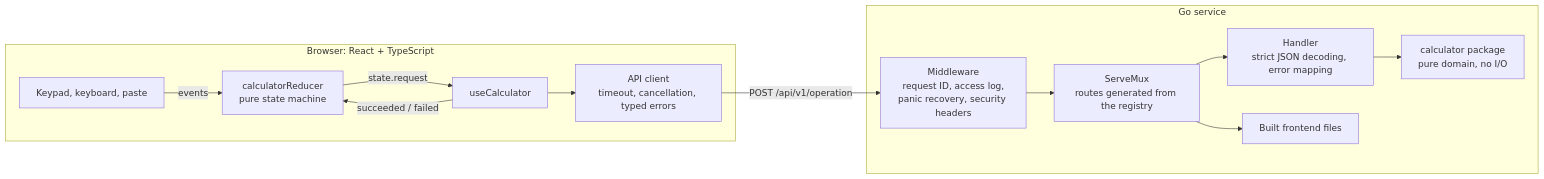
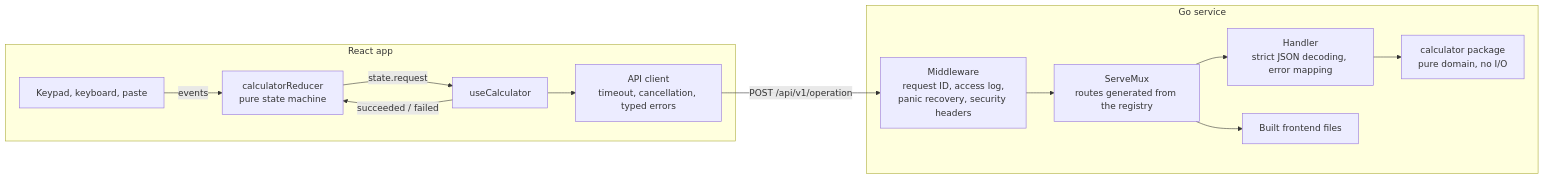
Before and after one commit to aozmekik/fullstack-calculator: the diagram in README.md, drawn with Mermaid. The commit also changed other lines of this file, not shown here.

First line of the commit message:
docs: record cross-browser coverage, Lighthouse results and the final round

````diff
--- a/README.md
+++ b/README.md
@@ -173,16 +173,16 @@
 ```mermaid
 flowchart LR
-  subgraph browser [Browser: React + TypeScript]
+  subgraph browser [React app]
     input[Keypad, keyboard, paste] -->|events| reducer[calculatorReducer<br/>pure state machine]
     reducer -->|state.request| hook[useCalculator]
     hook -->|succeeded / failed| reducer
     hook --> client[API client<br/>timeout, cancellation, typed errors]
   end
   subgraph service [Go service]
     middleware[Middleware<br/>request ID, access log,<br/>panic recovery, security headers] --> mux[ServeMux<br/>routes generated from the registry]
     mux --> handler[Handler<br/>strict JSON decoding, error mapping]
     handler --> domain[calculator package<br/>pure domain, no I/O]
     mux --> spa[Built frontend files]
   end
   client -->|POST /api/v1/operation| middleware
 ```
````
